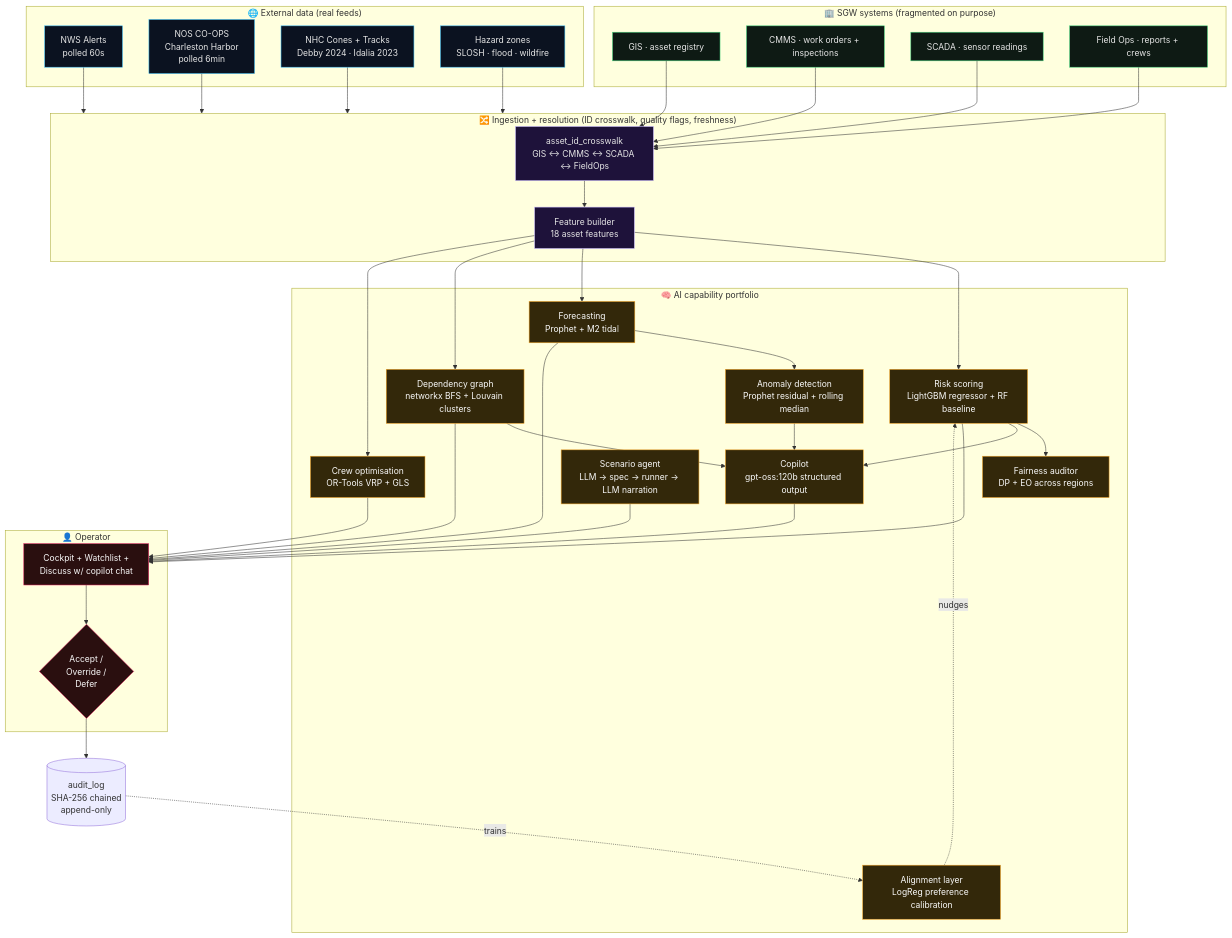
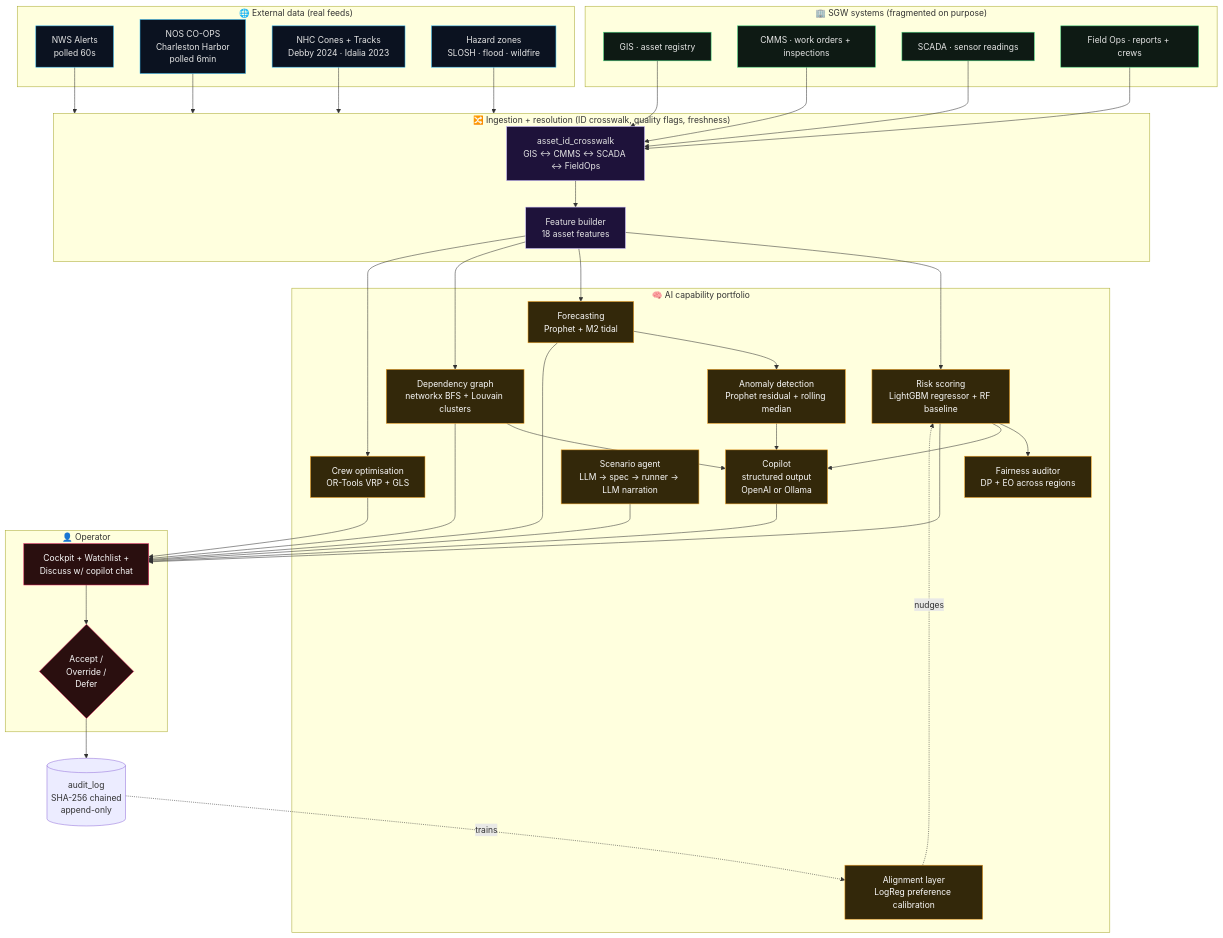
The first of 2 diagrams in README.md (rcollins2000/sgw-multi-hazard-response), drawn with Mermaid before and after one commit. The commit also changed other lines of this file and 60 other files, not shown here.

````diff
--- a/README.md
+++ b/README.md
@@ -40,80 +57,80 @@
 ```mermaid
 flowchart TB
     subgraph EXT["🌐 External data (real feeds)"]
         NWS[NWS Alerts<br/>polled 60s]
         COOPS[NOS CO-OPS<br/>Charleston Harbor<br/>polled 6min]
         NHC[NHC Cones + Tracks<br/>Debby 2024 · Idalia 2023]
         HAZ[Hazard zones<br/>SLOSH · flood · wildfire]
     end
 
     subgraph SGW["🏢 SGW systems (fragmented on purpose)"]
         GIS[GIS · asset registry]
         CMMS[CMMS · work orders + inspections]
         SCADA[SCADA · sensor readings]
         FOPS[Field Ops · reports + crews]
     end
 
     subgraph ING["🔀 Ingestion + resolution (ID crosswalk, quality flags, freshness)"]
         RES[asset_id_crosswalk<br/>GIS ↔ CMMS ↔ SCADA ↔ FieldOps]
         FEAT[Feature builder<br/>18 asset features]
     end
 
     subgraph AI["🧠 AI capability portfolio"]
         RISK[Risk scoring<br/>LightGBM regressor + RF baseline]
         FCAST[Forecasting<br/>Prophet + M2 tidal]
         ANOM[Anomaly detection<br/>Prophet residual + rolling median]
         GRAPH[Dependency graph<br/>networkx BFS + Louvain clusters]
         VRP[Crew optimisation<br/>OR-Tools VRP + GLS]
         FAIR[Fairness auditor<br/>DP + EO across regions]
-        LLM[Copilot<br/>gpt-oss:120b structured output]
+        LLM[Copilot<br/>structured output<br/>OpenAI or Ollama]
         ALIGN[Alignment layer<br/>LogReg preference calibration]
         SCEN[Scenario agent<br/>LLM → spec → runner → LLM narration]
     end
 
     subgraph OP["👤 Operator"]
         UI[Cockpit + Watchlist +<br/>Discuss w/ copilot chat]
         HITL{Accept /<br/>Override /<br/>Defer}
     end
 
     AUDIT[(audit_log<br/>SHA-256 chained<br/>append-only)]
 
     NWS --> ING
     COOPS --> ING
     NHC --> ING
     HAZ --> ING
     GIS --> RES
     CMMS --> RES
     SCADA --> RES
     FOPS --> RES
     RES --> FEAT
     FEAT --> RISK
     FEAT --> FCAST
     FCAST --> ANOM
     FEAT --> GRAPH
     FEAT --> VRP
     RISK --> FAIR
     RISK --> LLM
     GRAPH --> LLM
     ANOM --> LLM
     LLM --> UI
     RISK --> UI
     FCAST --> UI
     VRP --> UI
     GRAPH --> UI
     SCEN --> UI
     UI --> HITL
     HITL --> AUDIT
     AUDIT -.trains.-> ALIGN
     ALIGN -.nudges.-> RISK
 
     classDef ext fill:#0b1220,stroke:#38bdf8,color:#e5e5e5
     classDef sgw fill:#0e1a14,stroke:#3fd47a,color:#e5e5e5
     classDef ing fill:#1e123a,stroke:#c4b5fd,color:#e5e5e5
     classDef ai fill:#33280a,stroke:#f5a524,color:#fafafa
     classDef op fill:#2a0f0f,stroke:#e0245e,color:#fafafa
     class NWS,COOPS,NHC,HAZ ext
     class GIS,CMMS,SCADA,FOPS sgw
     class RES,FEAT ing
     class RISK,FCAST,ANOM,GRAPH,VRP,FAIR,LLM,ALIGN,SCEN ai
     class UI,HITL op
 ```
````
